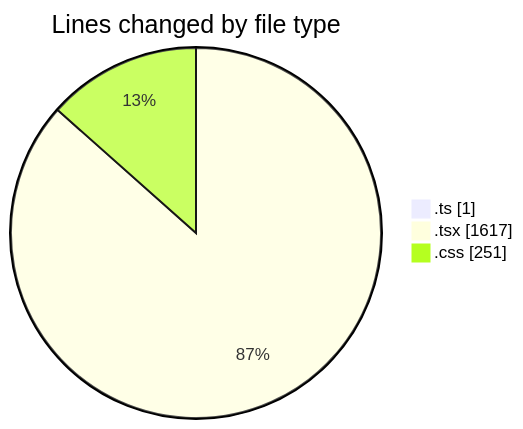
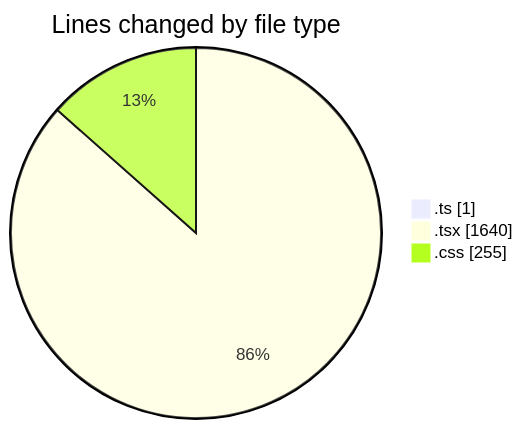
One commit to robertbonfada/code-tracking changed the first of 2 diagrams in 2025-01-31/audiobooks-web/README.md. Above: the diagram before and after it, drawn with Mermaid. The commit also changed other lines of this file and 1 other file, not shown here.

````diff
--- a/2025-01-31/audiobooks-web/README.md
+++ b/2025-01-31/audiobooks-web/README.md
@@ -34,7 +34,7 @@
 ```mermaid
 pie showData
 title Lines changed by file type
 ".ts" : 1
-".tsx" : 1617
-".css" : 251
+".tsx" : 1640
+".css" : 255
 ```
````
